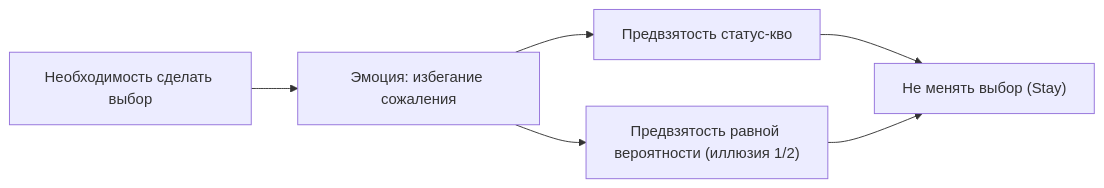
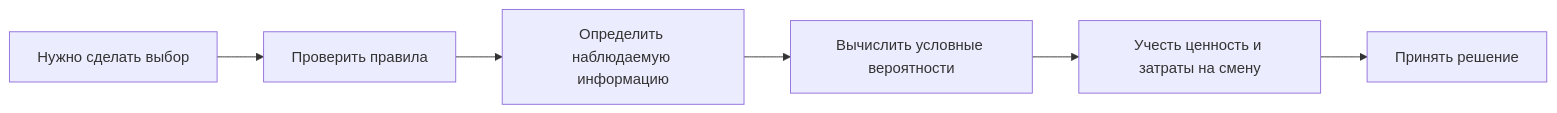
The second of 2 diagrams in content/post/paradox-monty-hall-problem/index.ru.md (kenjinote/blog), drawn with Mermaid before and after one commit. The commit also changed other lines of this file and 8 other files, not shown here.

````diff
--- a/content/post/paradox-monty-hall-problem/index.ru.md
+++ b/content/post/paradox-monty-hall-problem/index.ru.md
@@ -187,8 +164,8 @@
 ```mermaid
 flowchart LR
-    Situation["Необходимость сделать выбор"] --> Feeling["Эмоция: избегание сожаления"]
-    Feeling --> Bias1["Предвзятость статус-кво"]
-    Feeling --> Bias2["Предвзятость равной вероятности (иллюзия 1/2)"]
-    Bias1 --> Conclusion["Не менять выбор (Stay)"]
-    Bias2 --> Conclusion
+    Situation["Нужно сделать выбор"] --> Rules["Проверить правила"]
+    Rules --> Observation["Определить наблюдаемую информацию"]
+    Observation --> Posterior["Вычислить условные вероятности"]
+    Posterior --> Utility["Учесть ценность и затраты на смену"]
+    Utility --> Decision["Принять решение"]
 ```
````
